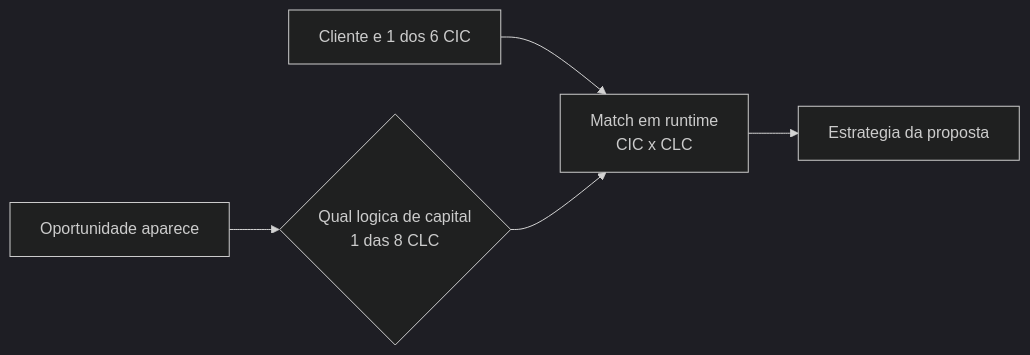
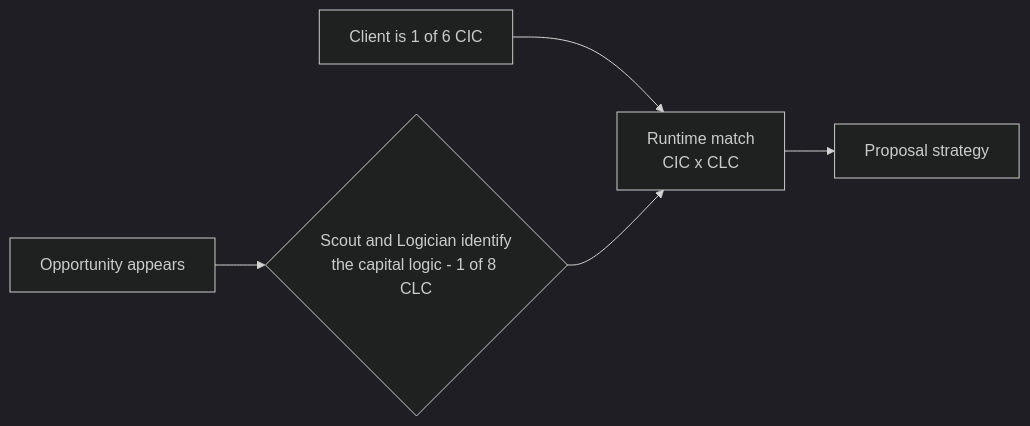
Before and after one commit to cyberAlchemyAI/domainspec-core: the first of 6 diagrams in projects/goldenquill/victor/discovery.md, drawn with Mermaid (dark theme). The commit also changed other lines of this file, not shown here.

````diff
--- a/projects/goldenquill/victor/discovery.md
+++ b/projects/goldenquill/victor/discovery.md
@@ -92,7 +92,7 @@
 ```mermaid
 flowchart LR
-  O[Oportunidade aparece] --> C{Qual logica de capital<br/>1 das 8 CLC}
-  CL[Cliente e 1 dos 6 CIC] --> M[Match em runtime<br/>CIC x CLC]
+  O[Opportunity appears] --> C{Scout and Logician identify<br/>the capital logic - 1 of 8 CLC}
+  CL[Client is 1 of 6 CIC] --> M[Runtime match<br/>CIC x CLC]
   C --> M
-  M --> S[Estrategia da proposta]
+  M --> S[Proposal strategy]
 ```
````
